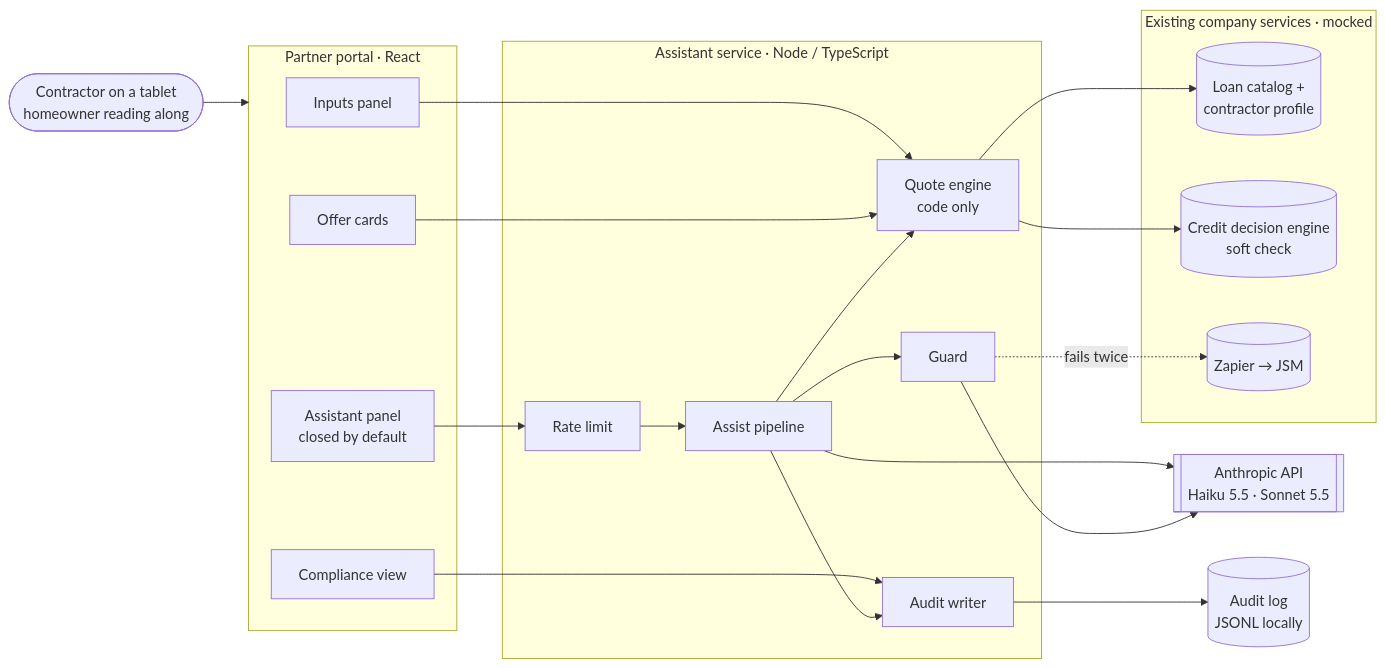
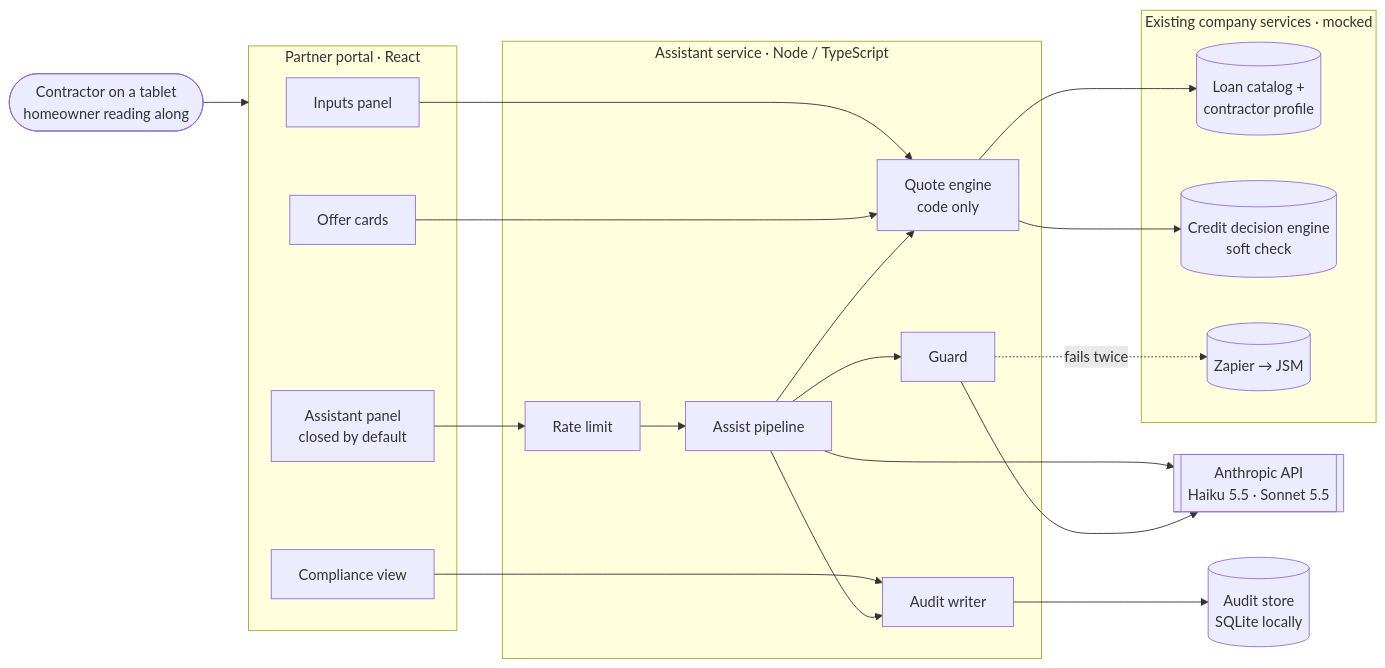
The first of 6 diagrams in docs/architecture.md (debudash/loanapp-contractorassist), drawn with Mermaid before and after one commit. The commit also changed other lines of this file and 15 other files, not shown here.

First line of the commit message:
Add decision engine mock, consent and audit store (slice 3)

````diff
--- a/docs/architecture.md
+++ b/docs/architecture.md
@@ -11,42 +11,42 @@
 ```mermaid
 flowchart LR
   C([Contractor on a tablet<br/>homeowner reading along])
 
   subgraph Portal["Partner portal · React"]
     IP[Inputs panel]
     OC[Offer cards]
     AP[Assistant panel<br/>closed by default]
     CV[Compliance view]
   end
 
   subgraph Svc["Assistant service · Node / TypeScript"]
     Q[Quote engine<br/>code only]
     A[Assist pipeline]
     G[Guard]
     AU[Audit writer]
     RL[Rate limit]
   end
 
   subgraph Existing["Existing company services · mocked"]
     CAT[(Loan catalog +<br/>contractor profile)]
     DE[(Credit decision engine<br/>soft check)]
     ESC[(Zapier → JSM)]
   end
 
   LLM[[Anthropic API<br/>Haiku 5.5 · Sonnet 5.5]]
-  LOG[(Audit log<br/>JSONL locally)]
+  LOG[(Audit store<br/>SQLite locally)]
 
   C --> Portal
   IP --> Q
   OC --> Q
   AP --> RL --> A
   CV --> AU
   Q --> CAT
   Q --> DE
   A --> Q
   A --> LLM
   A --> G
   G --> LLM
   A --> AU --> LOG
   G -. fails twice .-> ESC
 ```
````
